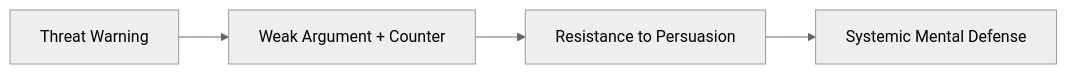
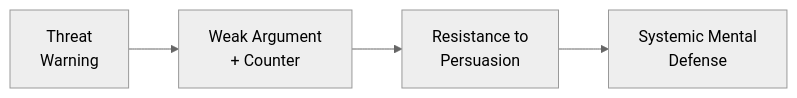
Before and after one commit to GM024/CourseSummaries: the seventh of 7 diagrams in Communication_Influence/Mastery_Guide_SOW_BS033.md, drawn with Mermaid (neutral theme). The commit also changed other lines of this file, not shown here.

Commit message:
Fix Mermaid diagram text overflow using <br /> tags

````diff
--- a/Communication_Influence/Mastery_Guide_SOW_BS033.md
+++ b/Communication_Influence/Mastery_Guide_SOW_BS033.md
@@ -205,6 +205,6 @@
 ```mermaid
 graph LR
-    Warning[Threat Warning] --> Refutation[Weak Argument + Counter]
-    Refutation --> Immunity[Resistance to Persuasion]
-    Immunity --> Defense[Systemic Mental Defense]
+    Warning[Threat<br/>Warning] --> Refutation[Weak Argument<br/>+ Counter]
+    Refutation --> Immunity[Resistance to<br/>Persuasion]
+    Immunity --> Defense[Systemic Mental<br/>Defense]
 ```
````
